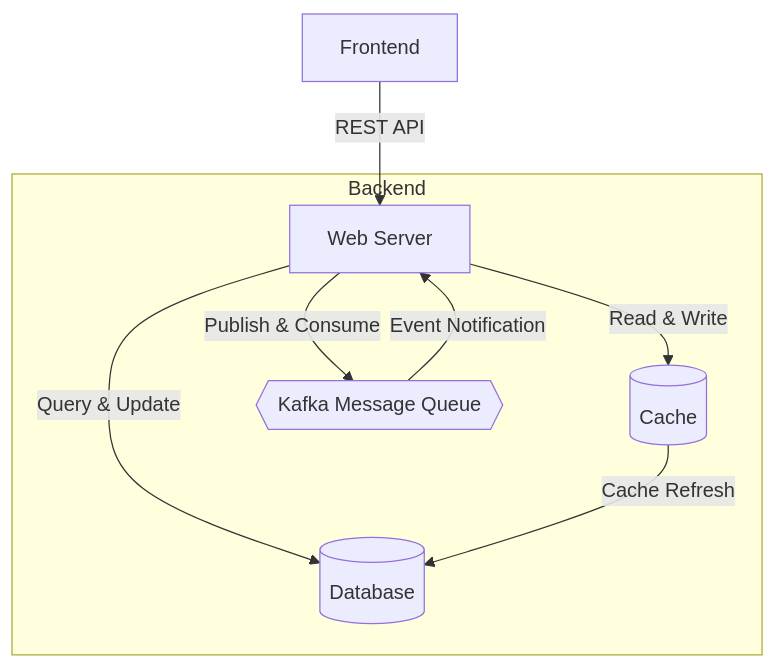
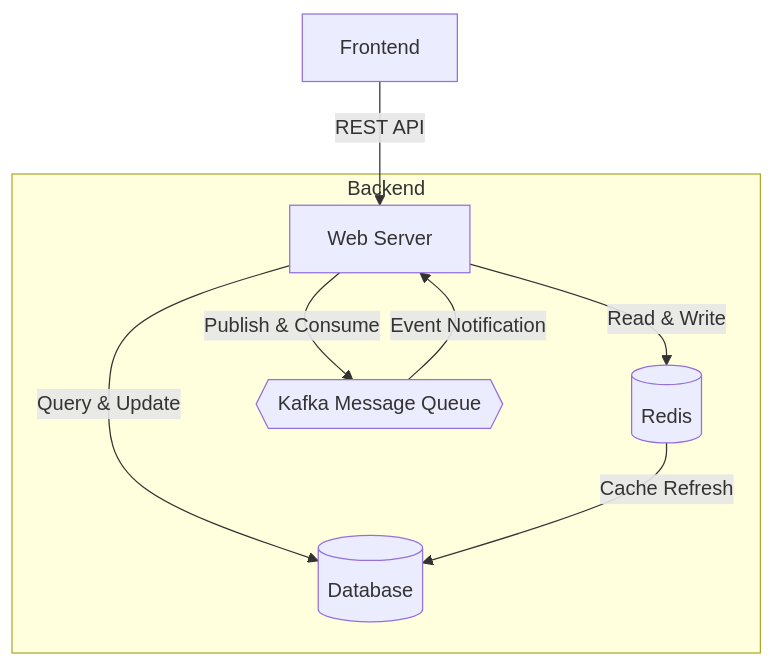
The first of 8 diagrams in Diagram.md (ngaikkeung/electronic-store-checkout-backend), drawn with Mermaid before and after one commit. The commit also changed 1 other file, not shown here.

Commit message:
Update API doc

````diff
--- a/Diagram.md
+++ b/Diagram.md
@@ -9,21 +9,21 @@
 ```mermaid
 flowchart TD
     %% === Frontend ===
     A[Frontend]
 
     %% === Backend Components ===
     subgraph Backend
         B[Web Server]
-        C[(Cache)]
+        C[(Redis)]
         D[(Database)]
         E{{Kafka Message Queue}}
     end
 
     %% === Connections ===
     A -->|REST API| B
     B -->|Read & Write| C
     B -->|Query & Update| D
     B -->|Publish & Consume| E
     E -->|Event Notification| B
     C -->|Cache Refresh| D
 ```
````
